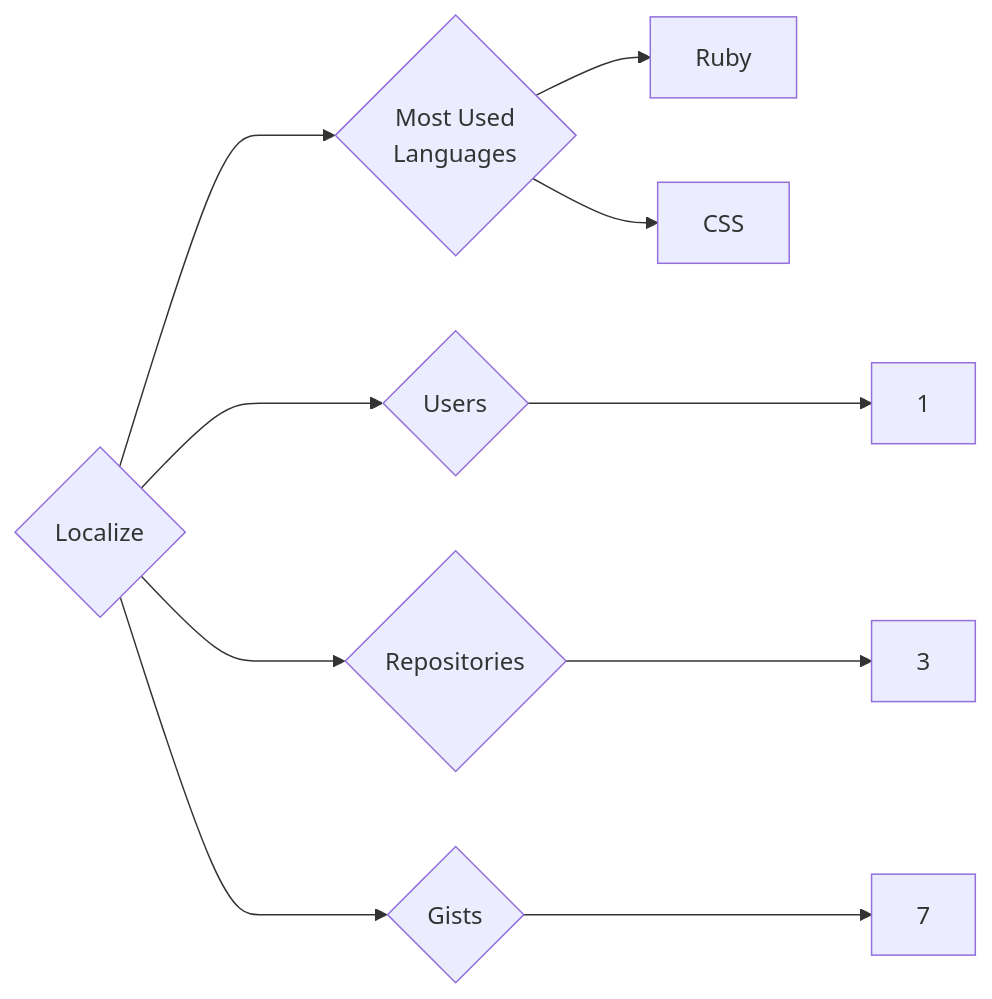
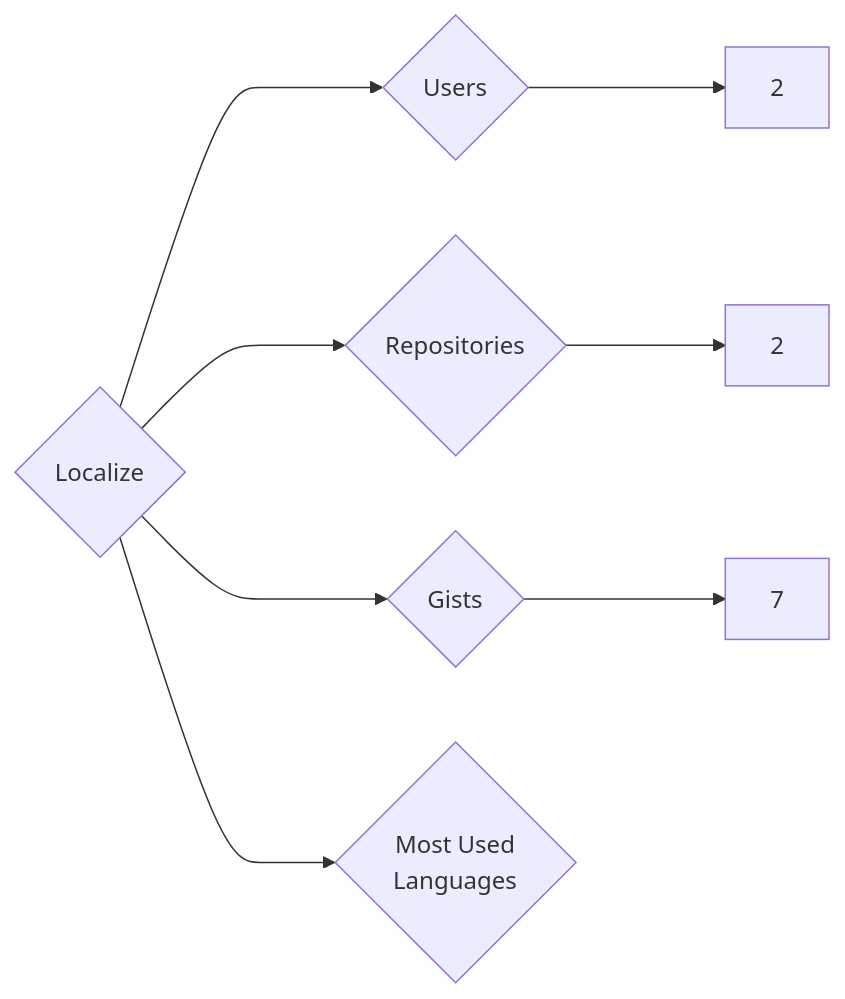
The diagram in targets/Localize/README.md (trickest/insiders), drawn with Mermaid before and after one commit. The commit also changed 874 other files, not shown here.

````diff
--- a/targets/Localize/README.md
+++ b/targets/Localize/README.md
@@ -3,10 +3,8 @@
 ```mermaid
 graph LR
 COMPANY_NAME{Localize}
-COMPANY_NAME ---> U{Users} ---> UN[1]
-COMPANY_NAME ---> R{Repositories} ---> RN[3]
+COMPANY_NAME ---> U{Users} ---> UN[2]
+COMPANY_NAME ---> R{Repositories} ---> RN[2]
 COMPANY_NAME ---> G{Gists} ---> GN[7]
 COMPANY_NAME ---> ML{Most Used<br>Languages}
-ML --> Ruby[Ruby]
-ML --> CSS[CSS]
 ```
````
